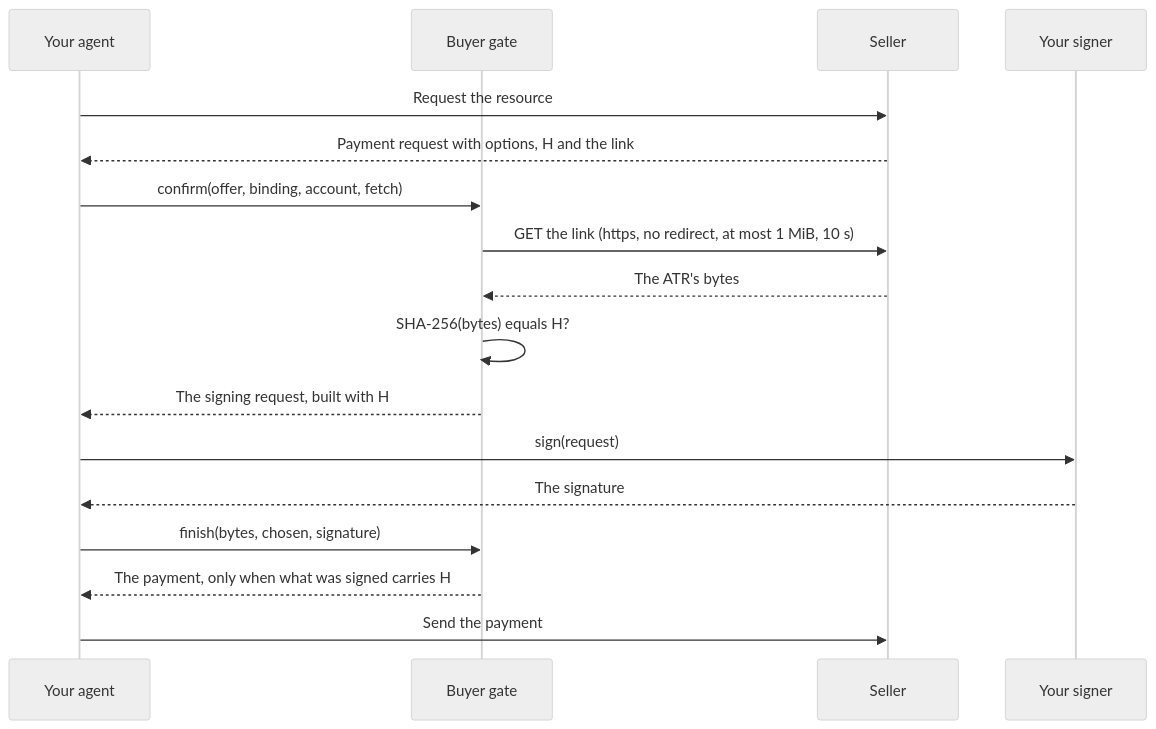
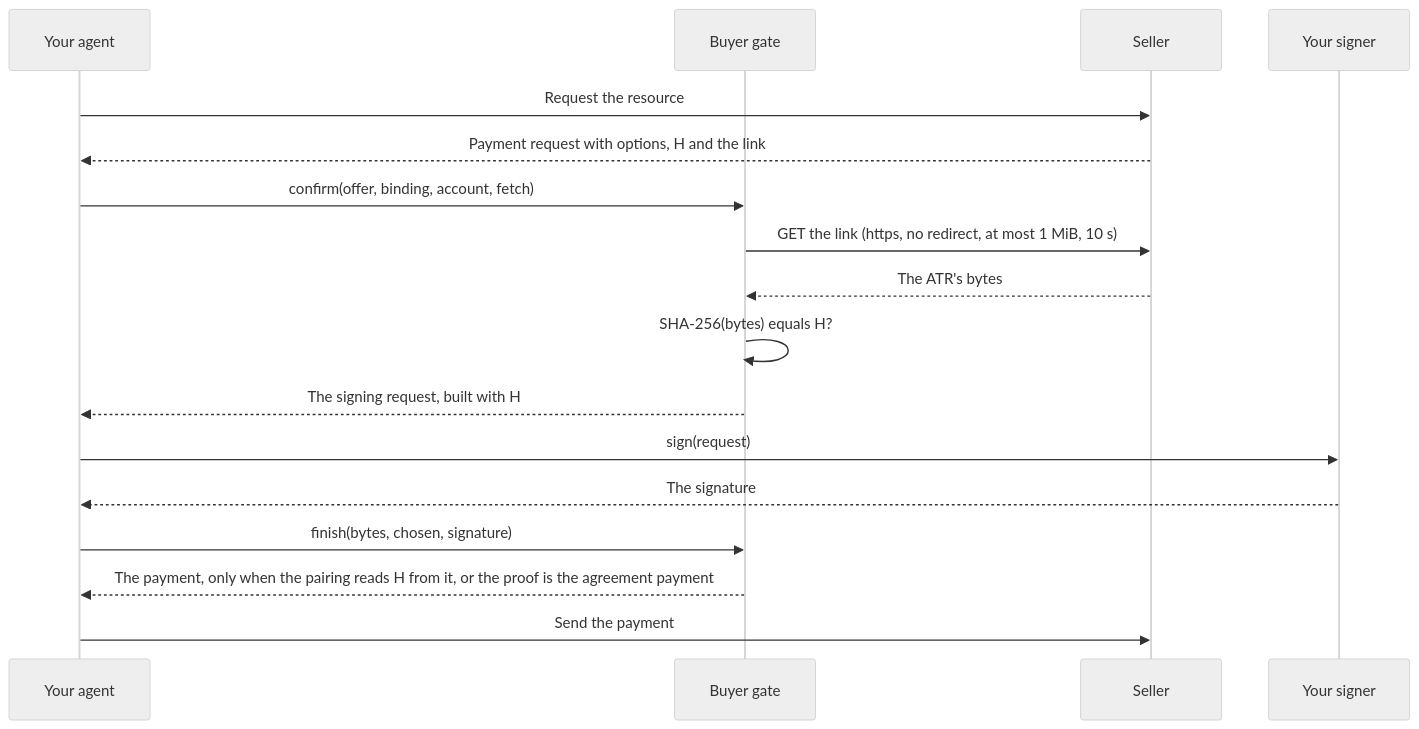
Before and after one commit to IntegraLedger/integra-agentic-terms: the diagram in docs/concepts.md, drawn with Mermaid (neutral theme). The commit also changed other lines of this file and 22 other files, not shown here.

````diff
--- a/docs/concepts.md
+++ b/docs/concepts.md
@@ -53,19 +54,19 @@
 ```mermaid
 sequenceDiagram
     participant A as Your agent
     participant G as Buyer gate
     participant S as Seller
     participant W as Your signer
     A->>S: Request the resource
     S-->>A: Payment request with options, H and the link
     A->>G: confirm(offer, binding, account, fetch)
     G->>S: GET the link (https, no redirect, at most 1 MiB, 10 s)
     S-->>G: The ATR's bytes
     G->>G: SHA-256(bytes) equals H?
     G-->>A: The signing request, built with H
     A->>W: sign(request)
     W-->>A: The signature
     A->>G: finish(bytes, chosen, signature)
-    G-->>A: The payment, only when what was signed carries H
+    G-->>A: The payment, only when the pairing reads H from it, or the proof is the agreement payment
     A->>S: Send the payment
 ```
````
